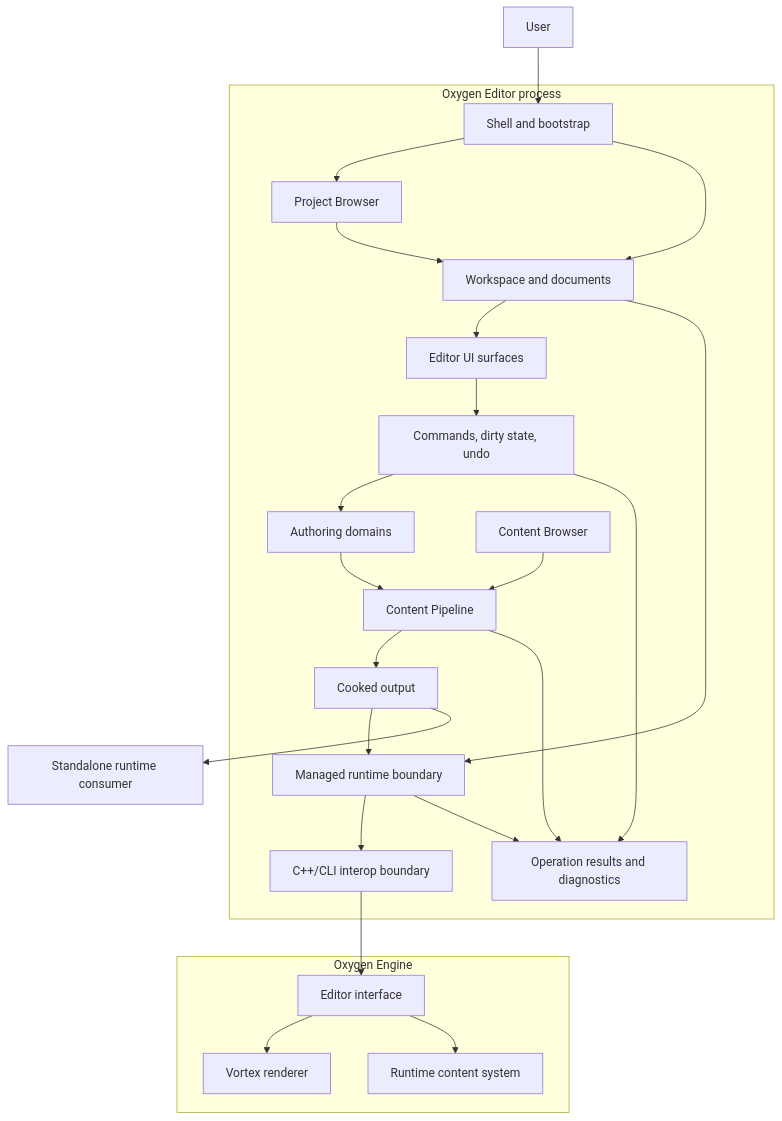
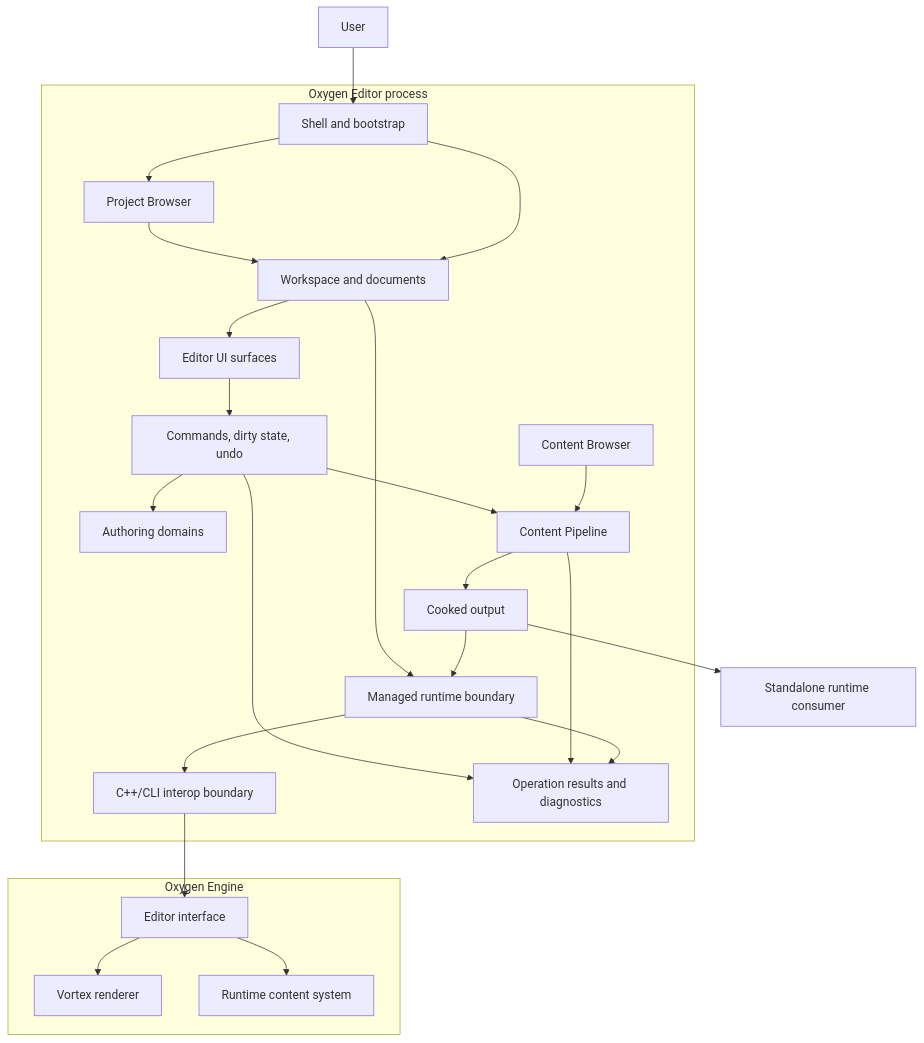
Before and after one commit to abdes/DroidNet: the first of 10 diagrams in design/editor/ARCHITECTURE.md, drawn with Mermaid. The commit also changed other lines of this file and 32 other files, not shown here.

````diff
--- a/design/editor/ARCHITECTURE.md
+++ b/design/editor/ARCHITECTURE.md
@@ -128,45 +129,45 @@
 ```mermaid
 flowchart TB
     User[User]
     subgraph Editor[Oxygen Editor process]
         Shell[Shell and bootstrap]
         PB[Project Browser]
         WS[Workspace and documents]
         UI[Editor UI surfaces]
         World[Authoring domains]
         Commands[Commands, dirty state, undo]
         CB[Content Browser]
         Pipeline[Content Pipeline]
         Runtime[Managed runtime boundary]
         Interop[C++/CLI interop boundary]
         Results[Operation results and diagnostics]
         Cooked[Cooked output]
     end
     subgraph Engine[Oxygen Engine]
         EngineInterface[Editor interface]
         Vortex[Vortex renderer]
         Content[Runtime content system]
     end
     Standalone[Standalone runtime consumer]
 
     User --> Shell
     Shell --> PB
     PB --> WS
     Shell --> WS
     WS --> UI
     UI --> Commands
     Commands --> World
-    World --> Pipeline
+    Commands --> Pipeline
     CB --> Pipeline
     Pipeline --> Cooked
     WS --> Runtime
     Runtime --> Interop
     Interop --> EngineInterface
     EngineInterface --> Vortex
     EngineInterface --> Content
     Cooked --> Runtime
     Cooked --> Standalone
     Commands --> Results
     Pipeline --> Results
     Runtime --> Results
 ```
````
